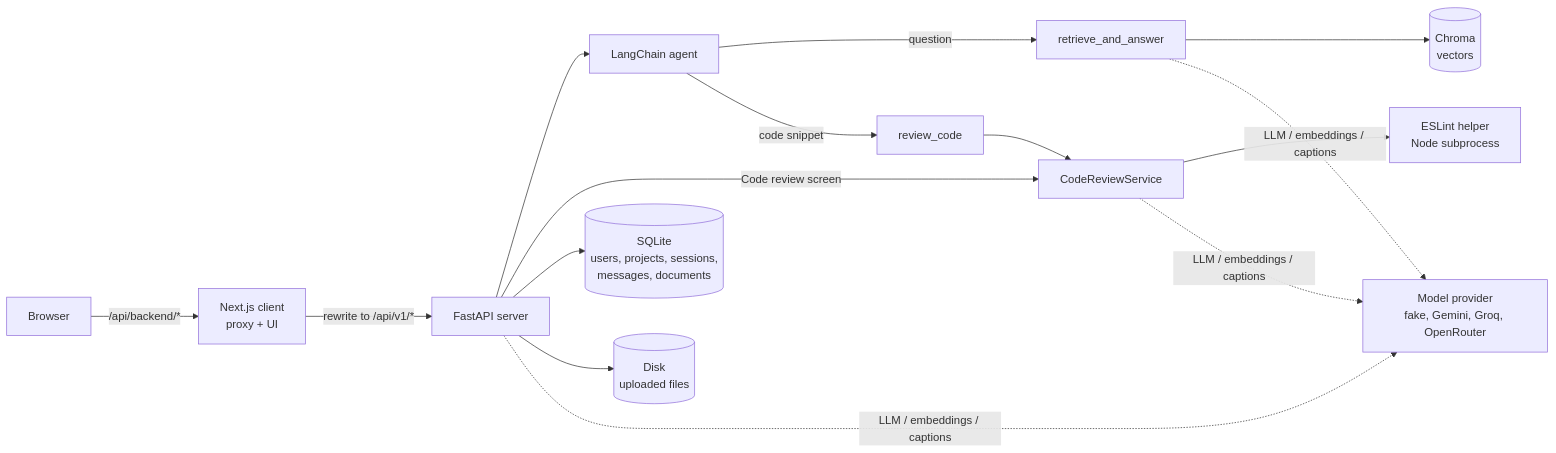
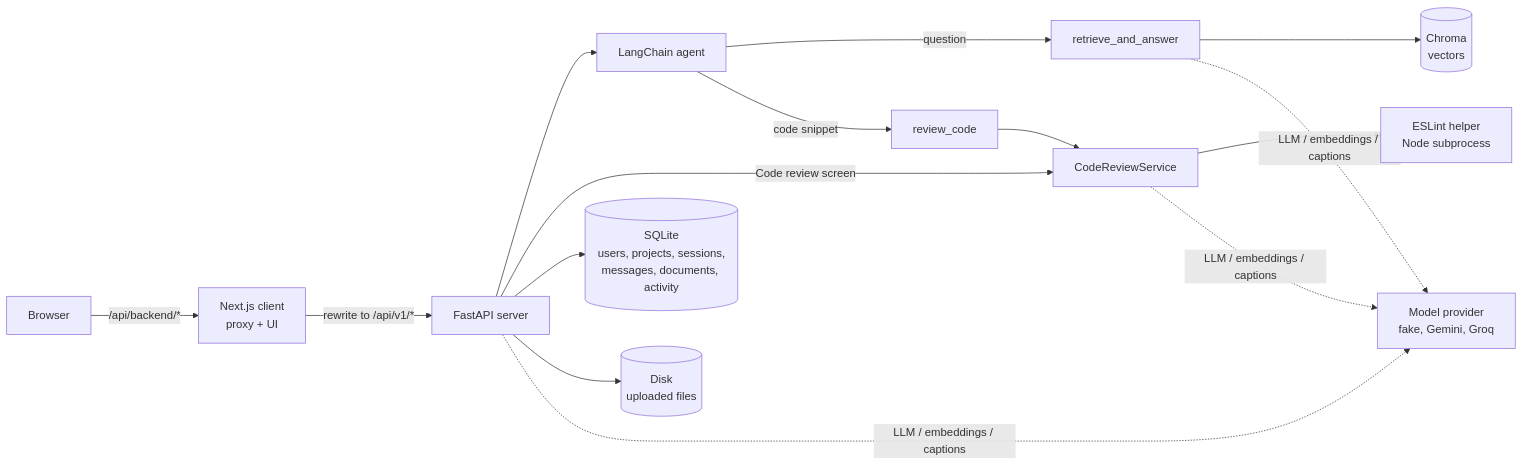
The first of 2 diagrams in docs/architecture.md (hisajwan/Developer-Onboarding-System), drawn with Mermaid before and after one commit. The commit also changed other lines of this file and 90 other files, not shown here.

````diff
--- a/docs/architecture.md
+++ b/docs/architecture.md
@@ -14,15 +14,15 @@
 ```mermaid
 flowchart LR
     B[Browser] -->|/api/backend/*| N[Next.js client<br/>proxy + UI]
     N -->|rewrite to /api/v1/*| F[FastAPI server]
     F --> A[LangChain agent]
     A -->|question| T1[retrieve_and_answer]
     A -->|code snippet| T2[review_code]
     F -->|Code review screen| S2[CodeReviewService]
     T2 --> S2
     S2 --> L[ESLint helper<br/>Node subprocess]
     T1 --> V[(Chroma<br/>vectors)]
-    F --> DB[(SQLite<br/>users, projects, sessions,<br/>messages, documents)]
+    F --> DB[(SQLite<br/>users, projects, sessions,<br/>messages, documents, activity)]
     F --> D[(Disk<br/>uploaded files)]
-    T1 & S2 & F -.->|LLM / embeddings / captions| M[Model provider<br/>fake, Gemini, Groq, OpenRouter]
+    T1 & S2 & F -.->|LLM / embeddings / captions| M[Model provider<br/>fake, Gemini, Groq]
 ```
````
